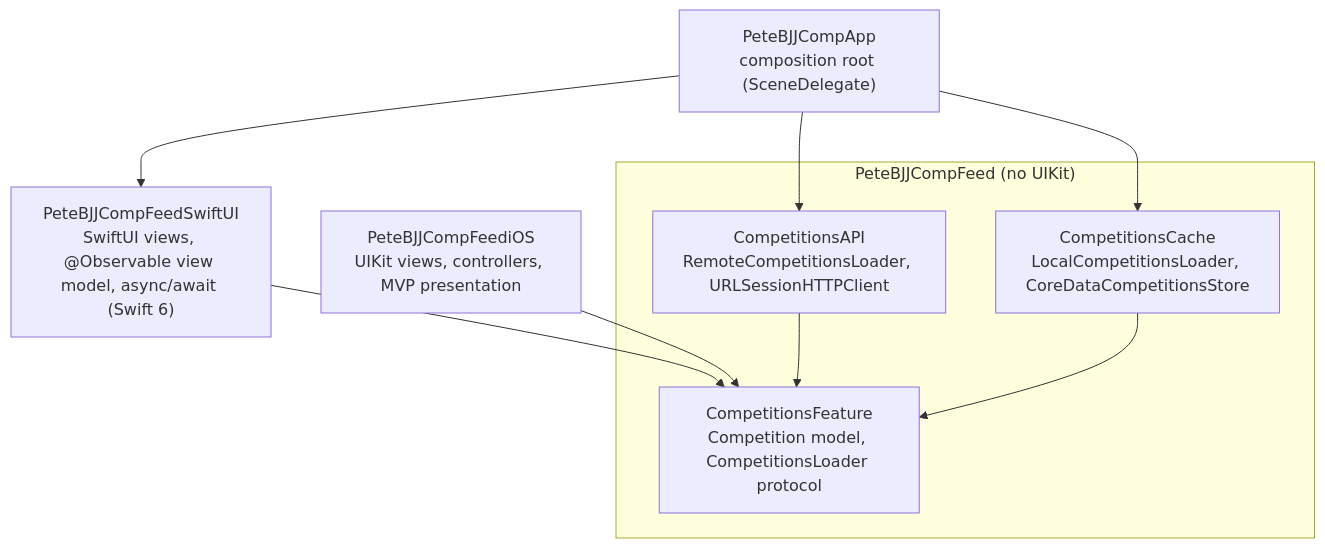
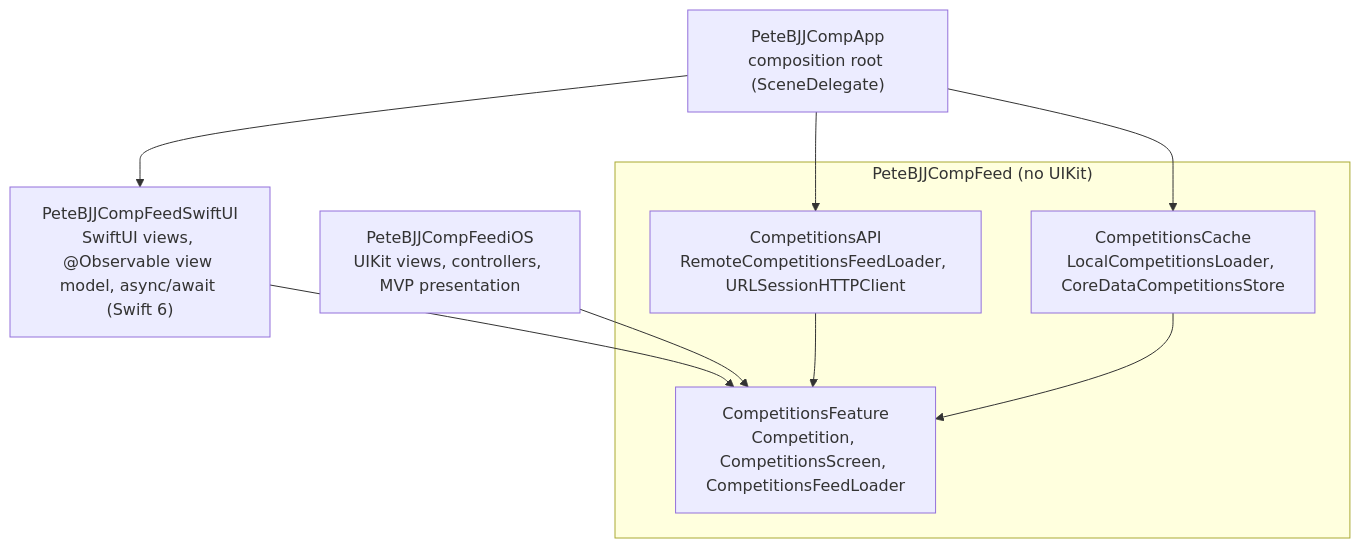
One commit to vincethecoder/app-bjj-competition-finder changed the diagram in README.md. Above: the diagram before and after it, drawn with Mermaid. The commit also changed other lines of this file and 109 other files, not shown here.

````diff
--- a/README.md
+++ b/README.md
@@ -23,18 +27,18 @@
 ```mermaid
 flowchart TD
     App["PeteBJJCompApp<br/>composition root (SceneDelegate)"]
     SwiftUI["PeteBJJCompFeedSwiftUI<br/>SwiftUI views, @Observable view model, async/await (Swift 6)"]
     UI["PeteBJJCompFeediOS<br/>UIKit views, controllers, MVP presentation"]
     subgraph Core["PeteBJJCompFeed (no UIKit)"]
-        Feature["CompetitionsFeature<br/>Competition model, CompetitionsLoader protocol"]
-        API["CompetitionsAPI<br/>RemoteCompetitionsLoader, URLSessionHTTPClient"]
+        Feature["CompetitionsFeature<br/>Competition, CompetitionsScreen, CompetitionsFeedLoader"]
+        API["CompetitionsAPI<br/>RemoteCompetitionsFeedLoader, URLSessionHTTPClient"]
         Cache["CompetitionsCache<br/>LocalCompetitionsLoader, CoreDataCompetitionsStore"]
     end
     App --> SwiftUI
     SwiftUI --> Feature
     App --> API
     App --> Cache
     UI --> Feature
     API --> Feature
     Cache --> Feature
 ```
````
